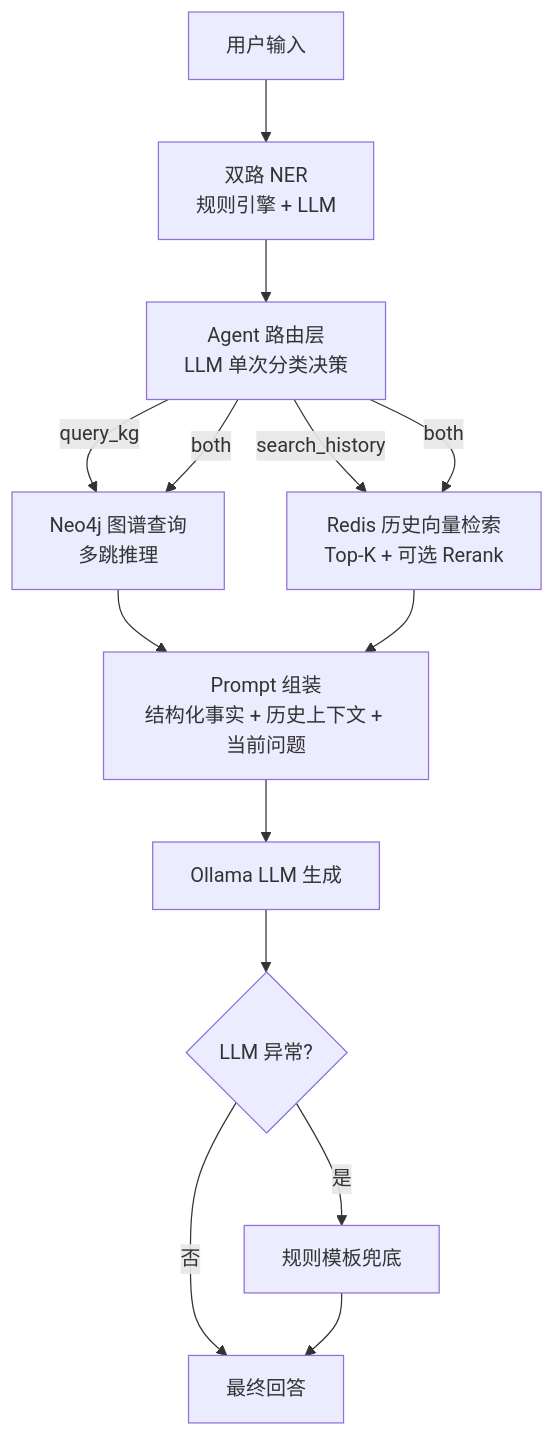
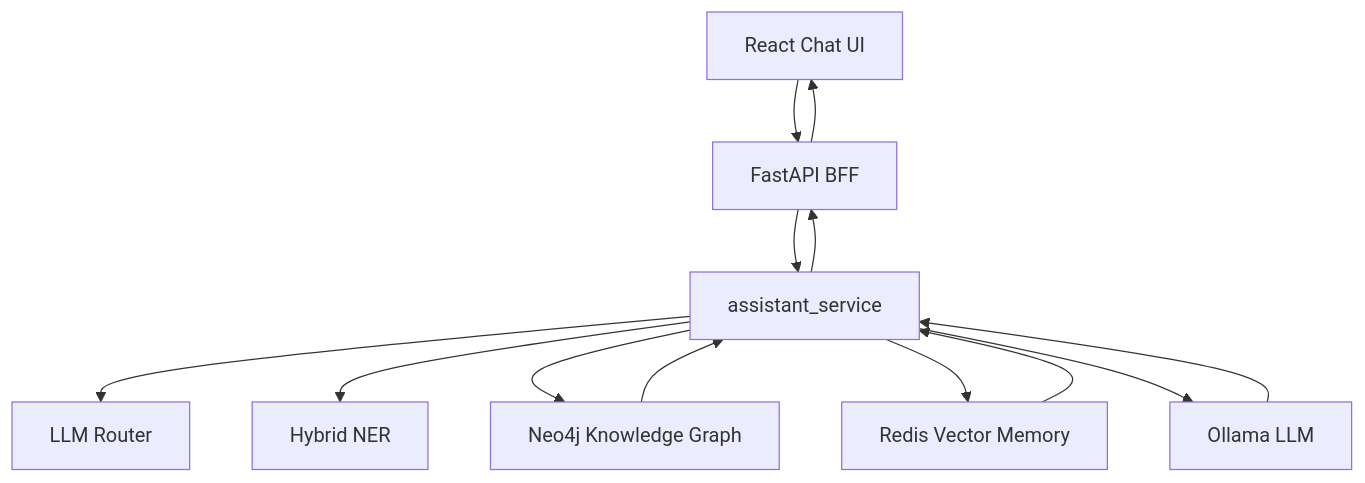
The diagram in README.md (GFLabandon/MedSafetyAssistant), drawn with Mermaid before and after one commit. The commit also changed other lines of this file, not shown here.

Commit message:
docs: describe full-stack AI application flow

````diff
--- a/README.md
+++ b/README.md
@@ -27,16 +69,15 @@
 ```mermaid
 flowchart TD
-    A[用户输入] --> B[双路 NER\n规则引擎 + LLM]
-    B --> C[Agent 路由层\nLLM 单次分类决策]
-    C -->|query_kg| D[Neo4j 图谱查询\n多跳推理]
-    C -->|search_history| E[Redis 历史向量检索\nTop-K + 可选 Rerank]
-    C -->|both| D
-    C -->|both| E
-    D --> F[Prompt 组装\n结构化事实 + 历史上下文 + 当前问题]
-    E --> F
-    F --> G[Ollama LLM 生成]
-    G --> H{LLM 异常?}
-    H -->|是| I[规则模板兜底]
-    H -->|否| J[最终回答]
-    I --> J
+    A[React Chat UI] --> B[FastAPI BFF]
+    B --> C[assistant_service]
+    C --> D[LLM Router]
+    C --> E[Hybrid NER]
+    C --> F[Neo4j Knowledge Graph]
+    C --> G[Redis Vector Memory]
+    C --> H[Ollama LLM]
+    F --> C
+    G --> C
+    H --> C
+    C --> B
+    B --> A
 ```
````
